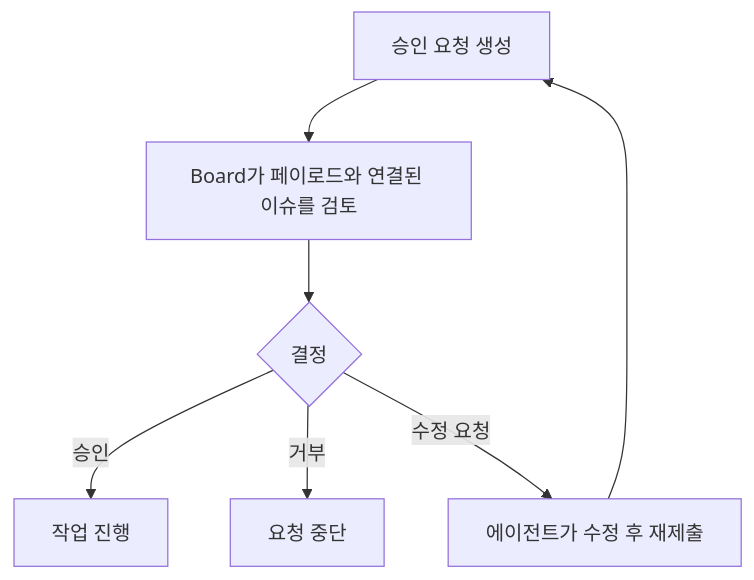
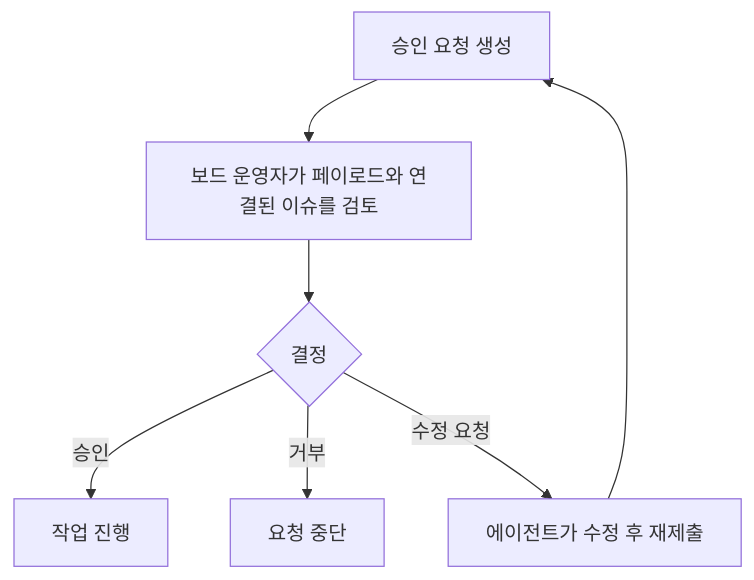
One commit to atototo/baton changed the diagram in docs-site/i18n/ko/docusaurus-plugin-content-docs/current/guides/board-operator/approvals.md. Above: the diagram before and after it, drawn with Mermaid. The commit also changed other lines of this file and 18 other files, not shown here.

````diff
--- a/docs-site/i18n/ko/docusaurus-plugin-content-docs/current/guides/board-operator/approvals.md
+++ b/docs-site/i18n/ko/docusaurus-plugin-content-docs/current/guides/board-operator/approvals.md
@@ -12,9 +12,9 @@
 ```mermaid
 flowchart TD
-  A["승인 요청 생성"] --> B["Board가 페이로드와 연결된 이슈를 검토"]
+  A["승인 요청 생성"] --> B["보드 운영자가 페이로드와 연결된 이슈를 검토"]
   B --> C{"결정"}
   C -->|승인| D["작업 진행"]
   C -->|거부| E["요청 중단"]
   C -->|수정 요청| F["에이전트가 수정 후 재제출"]
   F --> A
 ```
````
